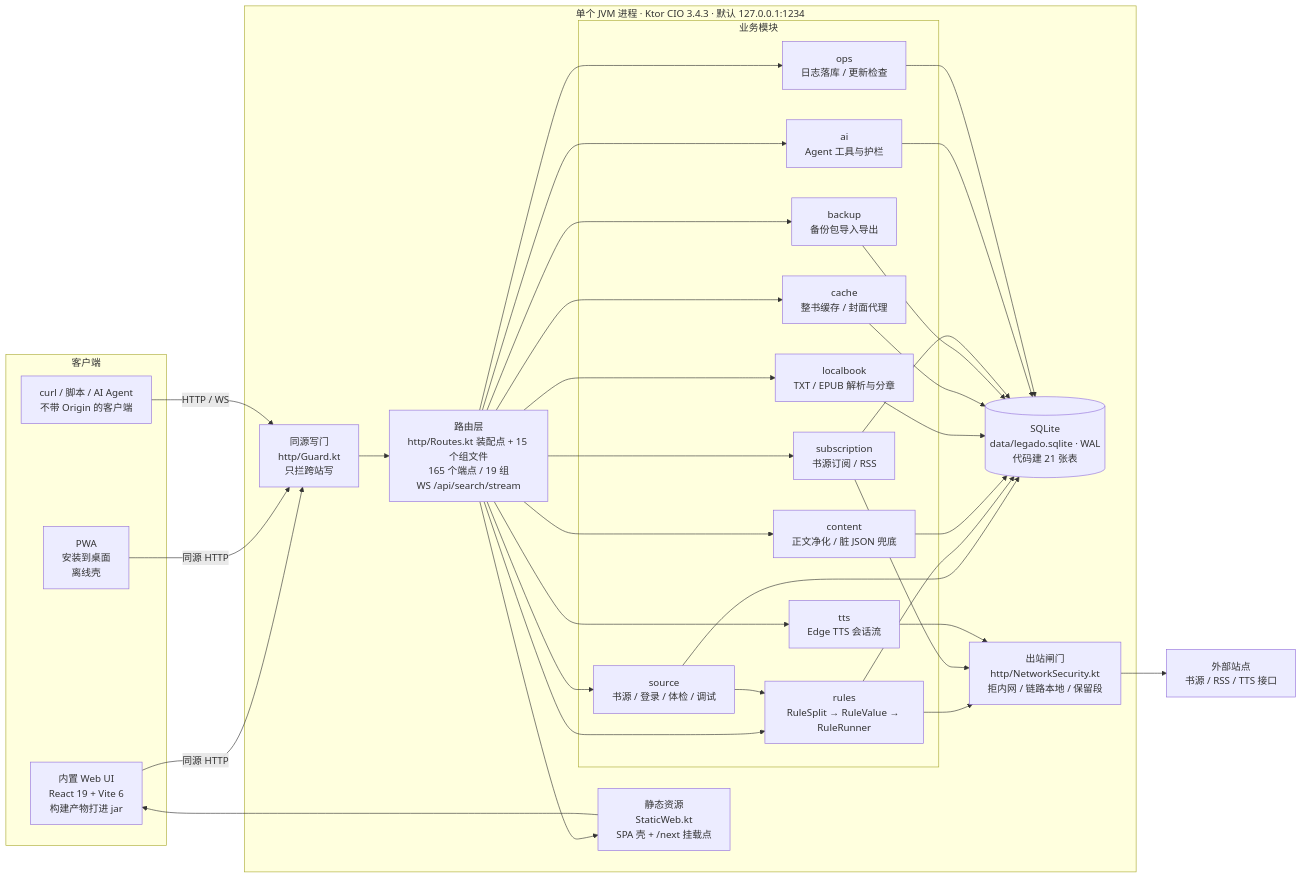
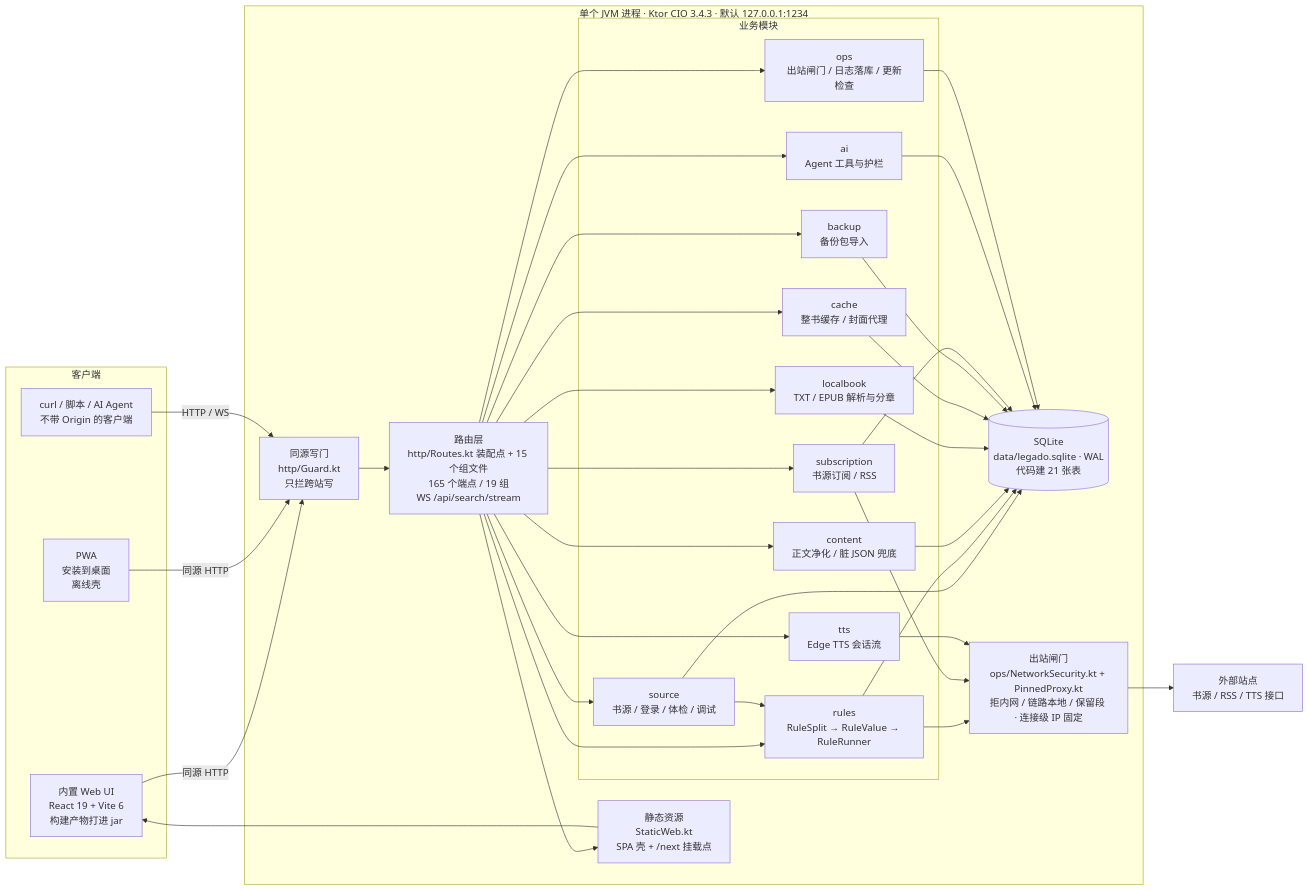
The first of 6 diagrams in docs/ARCHITECTURE.md (linqinqiu/legadoQ), drawn with Mermaid before and after one commit. The commit also changed other lines of this file and 14 other files, not shown here.

````diff
--- a/docs/ARCHITECTURE.md
+++ b/docs/ARCHITECTURE.md
@@ -12,66 +12,66 @@
 ```mermaid
 flowchart LR
     subgraph CLIENT["客户端"]
         UI["内置 Web UI<br/>React 19 + Vite 6<br/>构建产物打进 jar"]
         PWA["PWA<br/>安装到桌面<br/>离线壳"]
         CLI["curl / 脚本 / AI Agent<br/>不带 Origin 的客户端"]
     end
 
     subgraph PROC["单个 JVM 进程 · Ktor CIO 3.4.3 · 默认 127.0.0.1:1234"]
         GUARD["同源写门<br/>http/Guard.kt<br/>只拦跨站写"]
         ROUTE["路由层<br/>http/Routes.kt 装配点 + 15 个组文件<br/>165 个端点 / 19 组<br/>WS /api/search/stream"]
         STATIC["静态资源<br/>StaticWeb.kt<br/>SPA 壳 + /next 挂载点"]
 
         subgraph DOMAIN["业务模块"]
             SRC["source<br/>书源 / 登录 / 体检 / 调试"]
             RULE["rules<br/>RuleSplit → RuleValue → RuleRunner"]
             CONTENT["content<br/>正文净化 / 脏 JSON 兜底"]
             LOCAL["localbook<br/>TXT / EPUB 解析与分章"]
             CACHE["cache<br/>整书缓存 / 封面代理"]
             TTS["tts<br/>Edge TTS 会话流"]
-            BACKUP["backup<br/>备份包导入导出"]
+            BACKUP["backup<br/>备份包导入"]
             SUB["subscription<br/>书源订阅 / RSS"]
             AGENT["ai<br/>Agent 工具与护栏"]
-            OPS["ops<br/>日志落库 / 更新检查"]
+            OPS["ops<br/>出站闸门 / 日志落库 / 更新检查"]
         end
 
         DB[("SQLite<br/>data/legado.sqlite · WAL<br/>代码建 21 张表")]
-        NETSEC["出站闸门<br/>http/NetworkSecurity.kt<br/>拒内网 / 链路本地 / 保留段"]
+        NETSEC["出站闸门<br/>ops/NetworkSecurity.kt + PinnedProxy.kt<br/>拒内网 / 链路本地 / 保留段 · 连接级 IP 固定"]
     end
 
     NET["外部站点<br/>书源 / RSS / TTS 接口"]
 
     UI -->|"同源 HTTP"| GUARD
     PWA -->|"同源 HTTP"| GUARD
     CLI -->|"HTTP / WS"| GUARD
     GUARD --> ROUTE
     ROUTE --> STATIC
     STATIC --> UI
 
     ROUTE --> SRC
     ROUTE --> RULE
     ROUTE --> CONTENT
     ROUTE --> LOCAL
     ROUTE --> CACHE
     ROUTE --> TTS
     ROUTE --> BACKUP
     ROUTE --> SUB
     ROUTE --> AGENT
     ROUTE --> OPS
 
     SRC --> RULE
     RULE --> NETSEC
     NETSEC --> NET
     SUB --> NETSEC
     TTS --> NETSEC
 
     SRC --> DB
     RULE --> DB
     CONTENT --> DB
     LOCAL --> DB
     CACHE --> DB
     BACKUP --> DB
     SUB --> DB
     AGENT --> DB
     OPS --> DB
 ```
````
